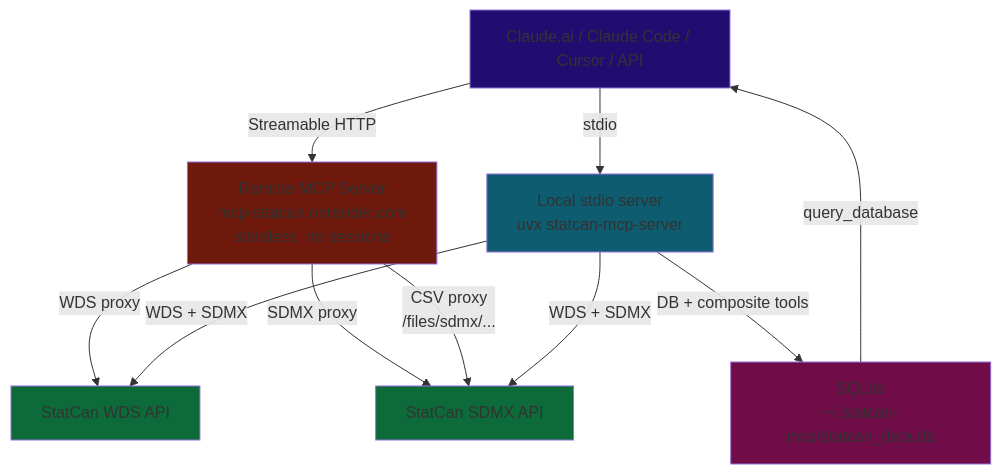
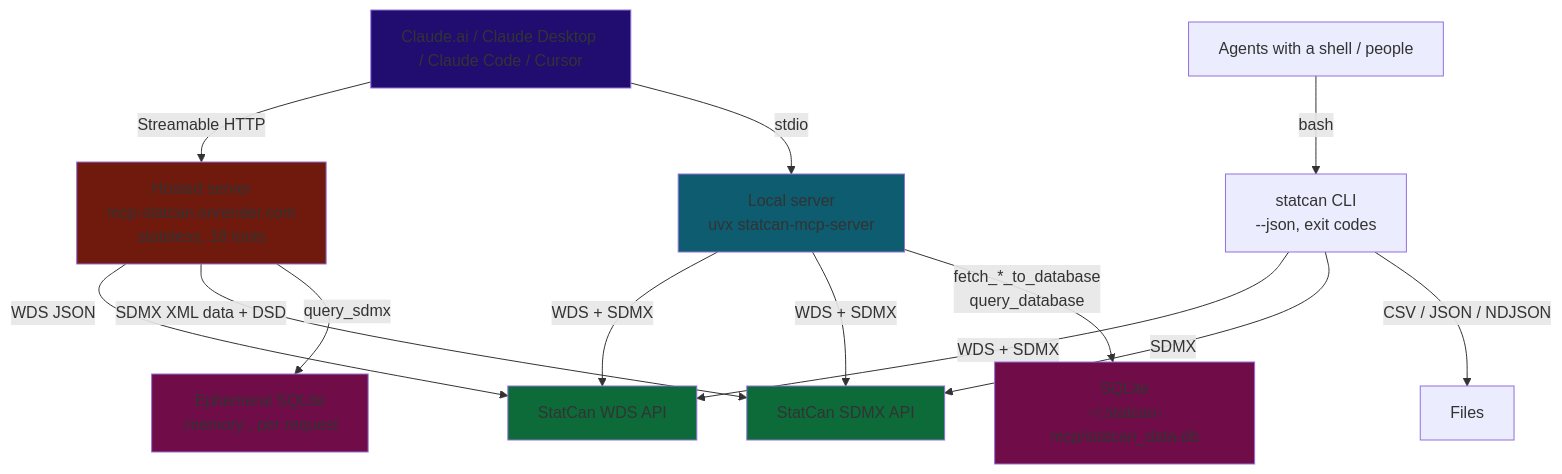
Before and after one commit to Aryan-Jhaveri/mcp-statcan: the diagram in IMPLEMENTATIONS.md, drawn with Mermaid. The commit also changed other lines of this file and 19 other files, not shown here.

First line of the commit message:
fix(sdmx): read data as structure-specific XML — correct wildcards, labels and attributes (#90) (#97)

````diff
--- a/IMPLEMENTATIONS.md
+++ b/IMPLEMENTATIONS.md
@@ -117,22 +134,26 @@
 ```mermaid
 flowchart TD
-    A[Claude.ai / Claude Code / Cursor / API] -->|Streamable HTTP| B["Remote MCP Server\nmcp-statcan.onrender.com\nstateless, no sessions"]
-    A -->|stdio| DB["Local stdio server\nuvx statcan-mcp-server"]
+    A[Claude.ai / Claude Desktop / Claude Code / Cursor] -->|Streamable HTTP| B["Hosted server\nmcp-statcan.onrender.com\nstateless, 18 tools"]
+    A -->|stdio| L["Local server\nuvx statcan-mcp-server"]
+    T[Agents with a shell / people] -->|bash| C["statcan CLI\n--json, exit codes"]
 
-    B -->|WDS proxy| D[StatCan WDS API]
-    B -->|SDMX proxy| S[StatCan SDMX API]
-    B -->|CSV proxy\n/files/sdmx/...| S
+    B -->|WDS JSON| D[StatCan WDS API]
+    B -->|SDMX XML data + DSD| S[StatCan SDMX API]
+    B -->|query_sdmx| M["Ephemeral SQLite\n:memory:, per request"]
 
-    DB -->|WDS + SDMX| D
-    DB -->|WDS + SDMX| S
-    DB -->|DB + composite tools| E[SQLite\n~/.statcan-mcp/statcan_data.db]
+    L -->|WDS + SDMX| D
+    L -->|WDS + SDMX| S
+    L -->|fetch_*_to_database\nquery_database| E["SQLite\n~/.statcan-mcp/statcan_data.db"]
 
-    E -->|query_database| A
+    C -->|WDS + SDMX| D
+    C -->|SDMX| S
+    C -->|CSV / JSON / NDJSON| F[Files]
 
     style A fill:#210d70
     style B fill:#70190d
-    style DB fill:#0d5c70
+    style L fill:#0d5c70
     style E fill:#700d49
+    style M fill:#700d49
     style S fill:#0d6b3a
     style D fill:#0d6b3a
 ```
````
